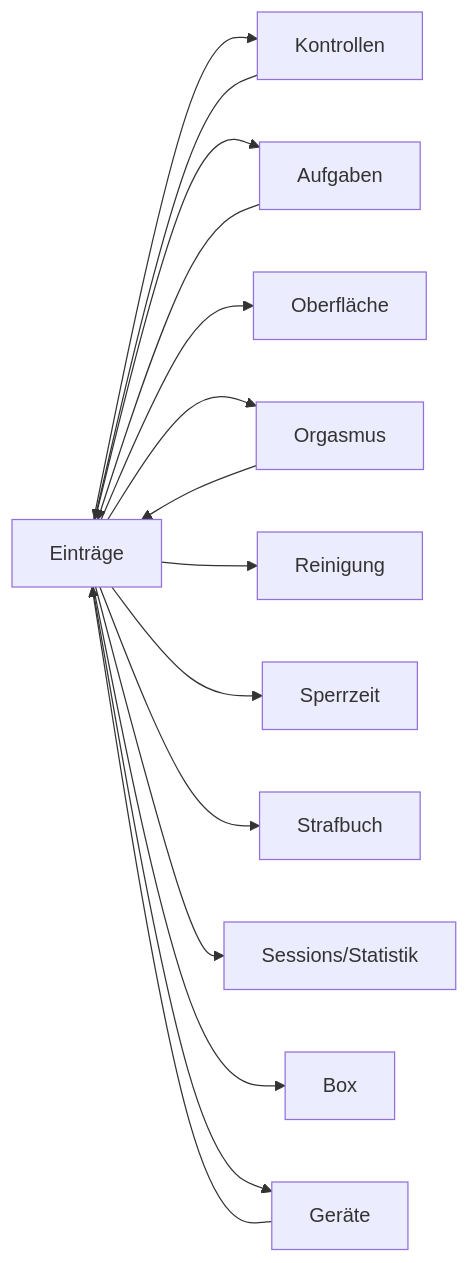
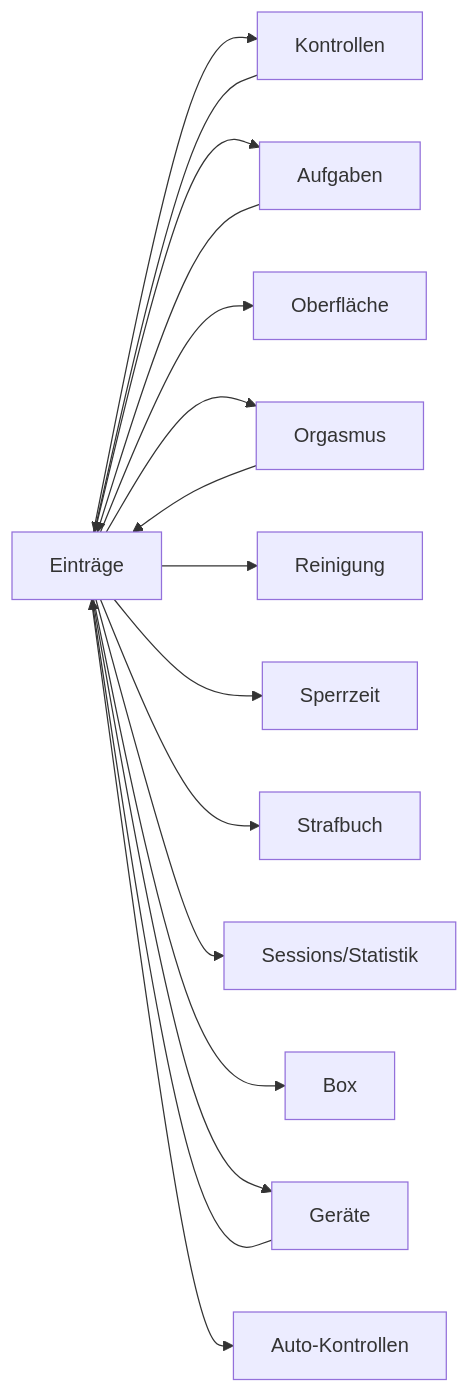
The first of 18 diagrams in docs/funktionsmodell/05-abhaengigkeiten.md (trublue-2/chastitytracker), drawn with Mermaid before and after one commit. The commit also changed other lines of this file and 26 other files, not shown here.

````diff
--- a/docs/funktionsmodell/05-abhaengigkeiten.md
+++ b/docs/funktionsmodell/05-abhaengigkeiten.md
@@ -23,18 +23,19 @@
 ```mermaid
 flowchart LR
   nEintrge["Einträge"]
   nKontrollen["Kontrollen"] --> nEintrge
   nGerte["Geräte"] --> nEintrge
   nOrgasmus["Orgasmus"] --> nEintrge
   nAufgaben["Aufgaben"] --> nEintrge
   nEintrge --> nKontrollen["Kontrollen"]
   nEintrge --> nAufgaben["Aufgaben"]
   nEintrge --> nOberflche["Oberfläche"]
   nEintrge --> nOrgasmus["Orgasmus"]
   nEintrge --> nReinigung["Reinigung"]
   nEintrge --> nSperrzeit["Sperrzeit"]
   nEintrge --> nStrafbuch["Strafbuch"]
   nEintrge --> nSessionsStatistik["Sessions/Statistik"]
   nEintrge --> nBox["Box"]
   nEintrge --> nGerte["Geräte"]
+  nEintrge --> nAutoKontrollen["Auto-Kontrollen"]
 ```
````
